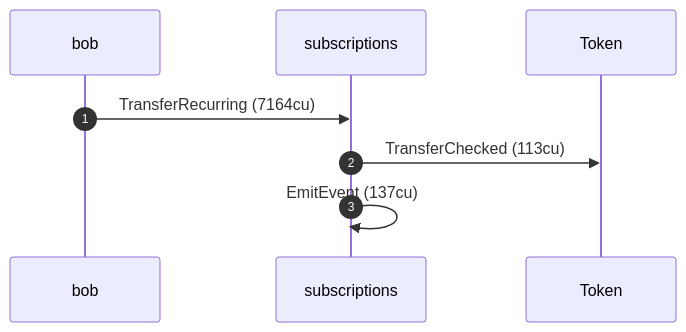
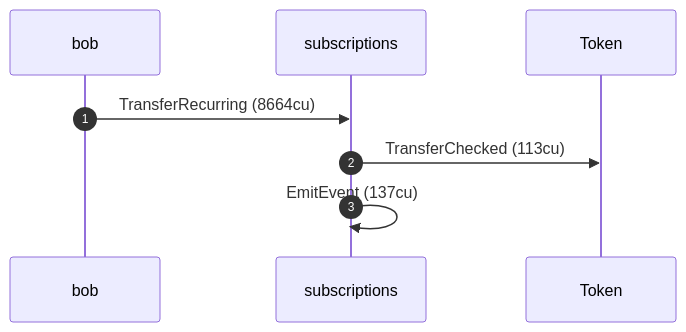
One commit to cds-rs/subscriptions changed the ninth of 20 diagrams in dsl_tests/recurring-transfer-succeeds-across-pulls-within-a-period.md. Above: the diagram before and after it, drawn with Mermaid. The commit also changed other lines of this file and 224 other files, not shown here.

````diff
--- a/dsl_tests/recurring-transfer-succeeds-across-pulls-within-a-period.md
+++ b/dsl_tests/recurring-transfer-succeeds-across-pulls-within-a-period.md
@@ -187,10 +196,10 @@
 ```mermaid
 sequenceDiagram
     autonumber
     participant bob
     participant subscriptions
     participant Token
-    bob ->> subscriptions: TransferRecurring (7164cu)
+    bob ->> subscriptions: TransferRecurring (8664cu)
     subscriptions ->> Token: TransferChecked (113cu)
     subscriptions ->> subscriptions: EmitEvent (137cu)
 ```
````
